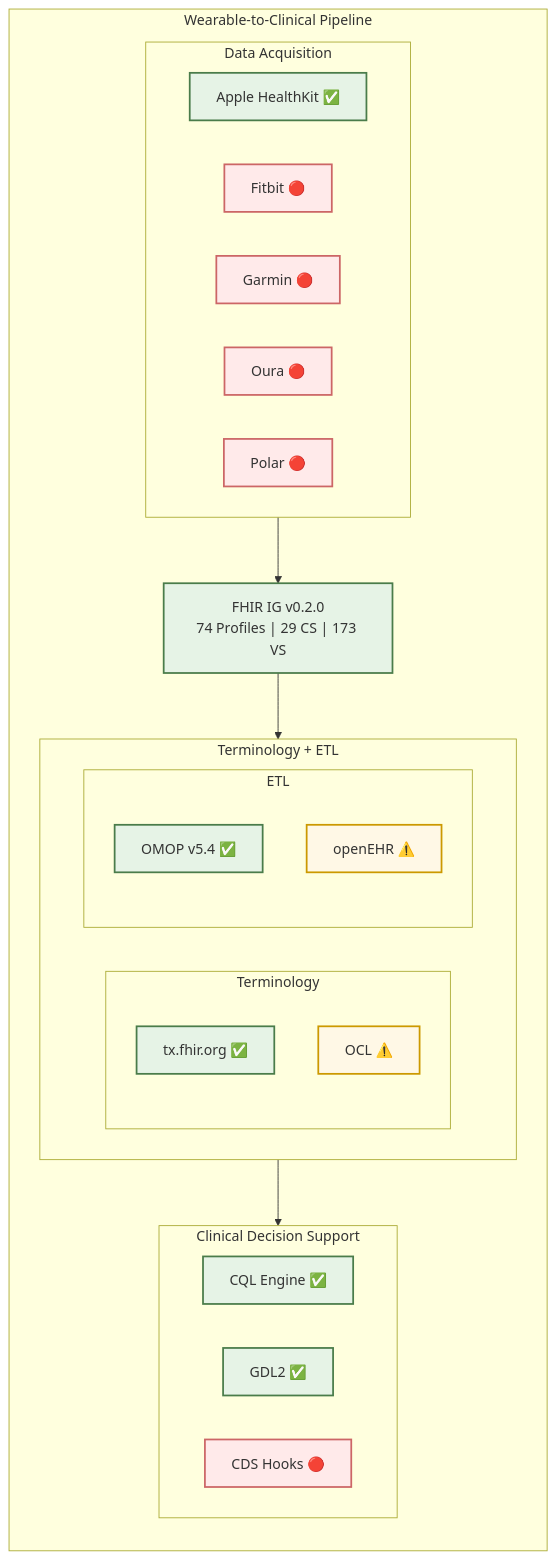
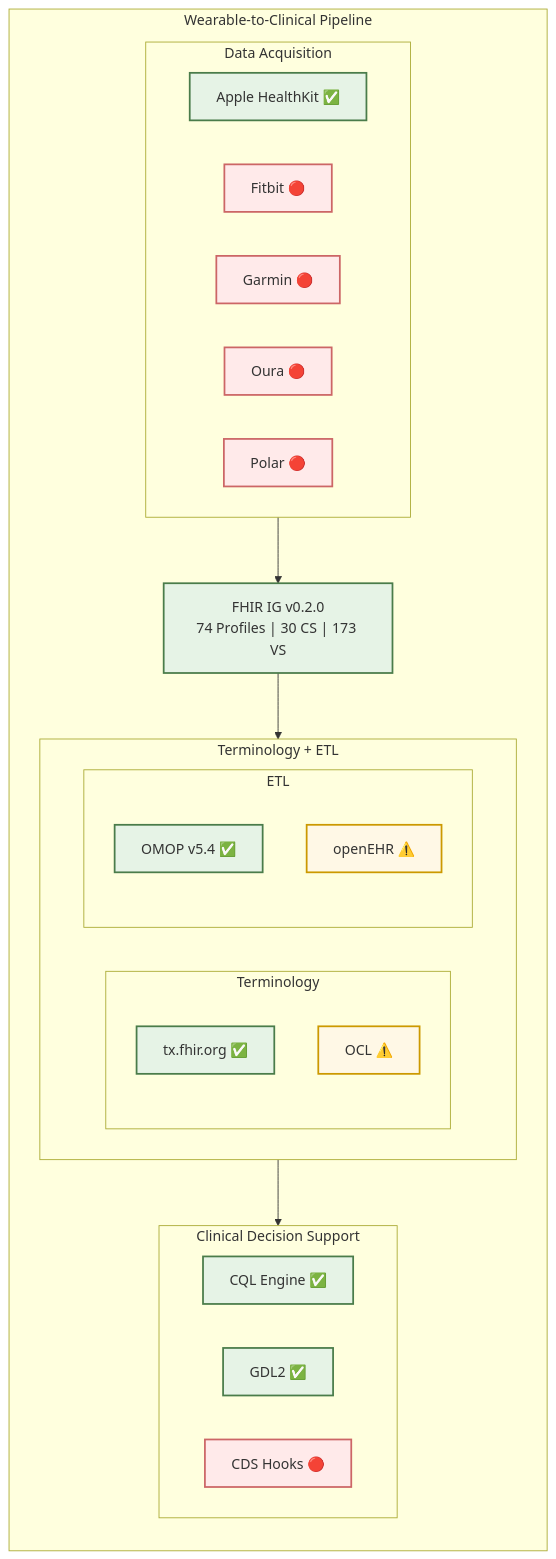
The first of 5 diagrams in README.md (RicardoLSantos/shorthand), drawn with Mermaid before and after one commit. The commit also changed other lines of this file and 2 other files, not shown here.

````diff
--- a/README.md
+++ b/README.md
@@ -30,48 +30,48 @@
 ```mermaid
 flowchart TB
     subgraph WP["Wearable-to-Clinical Pipeline"]
         direction TB
 
         subgraph TG1["Data Acquisition"]
             direction LR
             APPLE["Apple HealthKit ✅"]
             FITBIT["Fitbit 🔴"]
             GARMIN["Garmin 🔴"]
             OURA["Oura 🔴"]
             POLAR["Polar 🔴"]
         end
 
-        FHIRIG["FHIR IG v0.2.0<br/>74 Profiles | 29 CS | 173 VS"]
+        FHIRIG["FHIR IG v0.2.0<br/>74 Profiles | 30 CS | 173 VS"]
 
         subgraph TG2["Terminology + ETL"]
             direction LR
             subgraph TERM["Terminology"]
                 TXFHIR["tx.fhir.org ✅"]
                 OCL["OCL ⚠️"]
             end
             subgraph ETL["ETL"]
                 OMOP["OMOP v5.4 ✅"]
                 OPENEHR["openEHR ⚠️"]
             end
         end
 
         subgraph TG4["Clinical Decision Support"]
             direction LR
             CQL["CQL Engine ✅"]
             GDL2["GDL2 ✅"]
             CDSHOOKS["CDS Hooks 🔴"]
         end
     end
 
     TG1 --> FHIRIG
     FHIRIG --> TG2
     TG2 --> TG4
 
     classDef done fill:#e6f3e6,stroke:#4a7c4a,stroke-width:2px,color:#333
     classDef partial fill:#fff8e6,stroke:#cc9900,stroke-width:2px,color:#333
     classDef todo fill:#ffeaea,stroke:#cc6666,stroke-width:2px,color:#333
 
     class APPLE,FHIRIG,TXFHIR,OMOP,CQL,GDL2 done
     class OCL,OPENEHR partial
     class FITBIT,GARMIN,OURA,POLAR,CDSHOOKS todo
 ```
````
